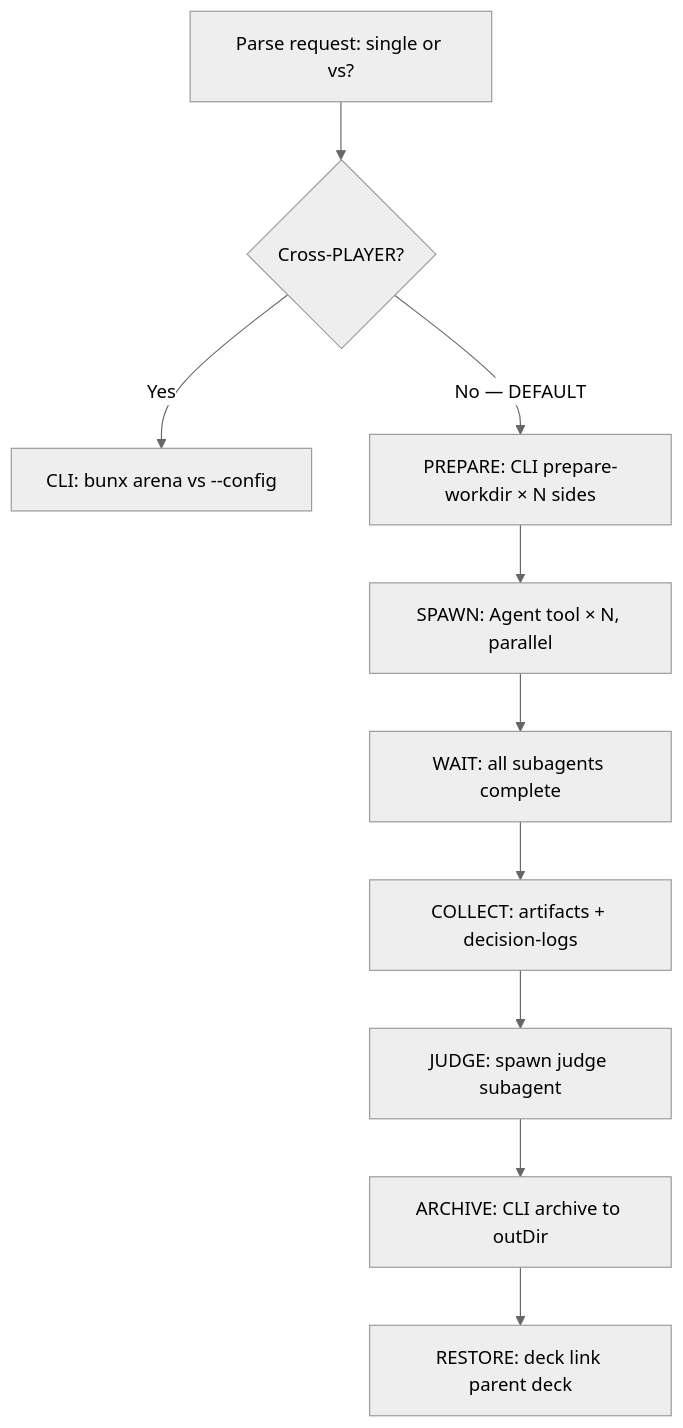
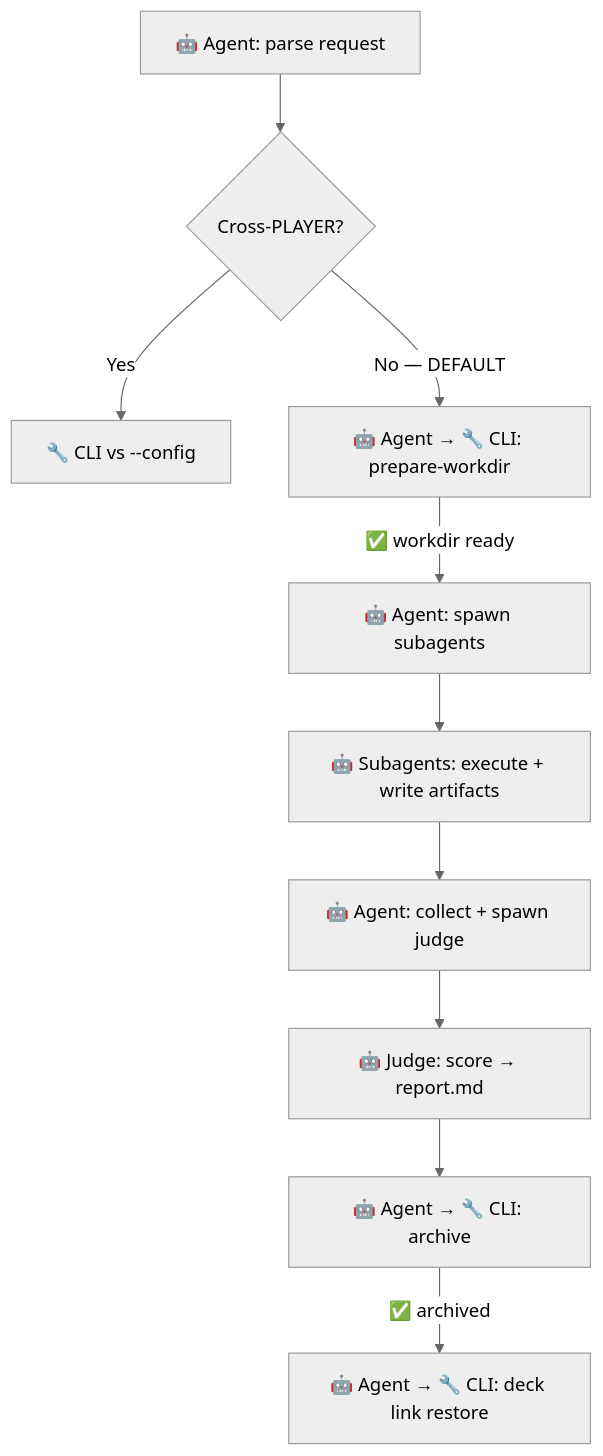
The diagram in packages/lythoskill-arena/skill/SKILL.md (lythos-labs/lythoskill), drawn with Mermaid (neutral theme) before and after one commit. The commit also changed other lines of this file and 79 other files, not shown here.

````diff
--- a/packages/lythoskill-arena/skill/SKILL.md
+++ b/packages/lythoskill-arena/skill/SKILL.md
@@ -59,12 +59,12 @@
 ```mermaid
 flowchart TD
-    A[Parse request: single or vs?] --> B{Cross-PLAYER?}
-    B -->|Yes| C[CLI: bunx arena vs --config]
-    B -->|No — DEFAULT| D[PREPARE: CLI prepare-workdir × N sides]
-    D --> E[SPAWN: Agent tool × N, parallel]
-    E --> F[WAIT: all subagents complete]
-    F --> G[COLLECT: artifacts + decision-logs]
-    G --> H[JUDGE: spawn judge subagent]
-    H --> I[ARCHIVE: CLI archive to outDir]
-    I --> J[RESTORE: deck link parent deck]
+    A["🤖 Agent: parse request"] --> B{Cross-PLAYER?}
+    B -->|Yes| C[🔧 CLI vs --config]
+    B -->|No — DEFAULT| D["🤖 Agent → 🔧 CLI: prepare-workdir"]
+    D -->|"✅ workdir ready"| E["🤖 Agent: spawn subagents"]
+    E --> F["🤖 Subagents: execute + write artifacts"]
+    F --> G["🤖 Agent: collect + spawn judge"]
+    G --> H["🤖 Judge: score → report.md"]
+    H --> I["🤖 Agent → 🔧 CLI: archive"]
+    I -->|"✅ archived"| J["🤖 Agent → 🔧 CLI: deck link restore"]
 ```
````
